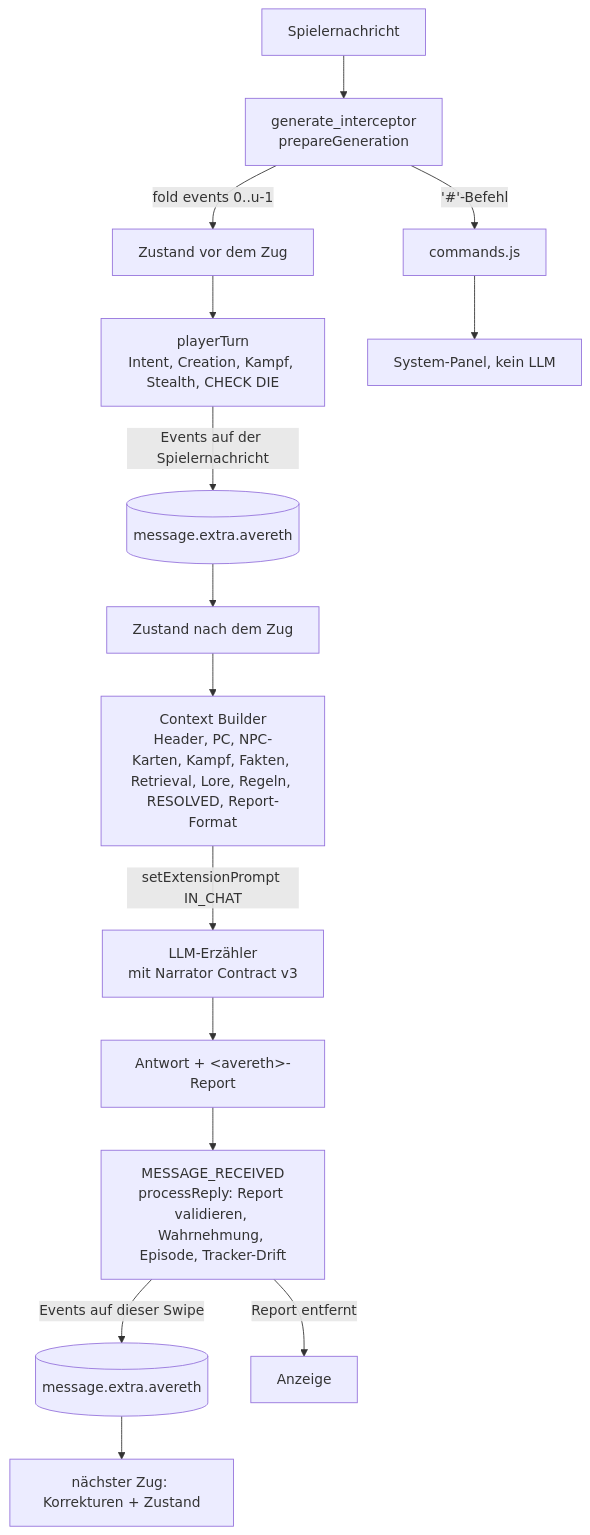
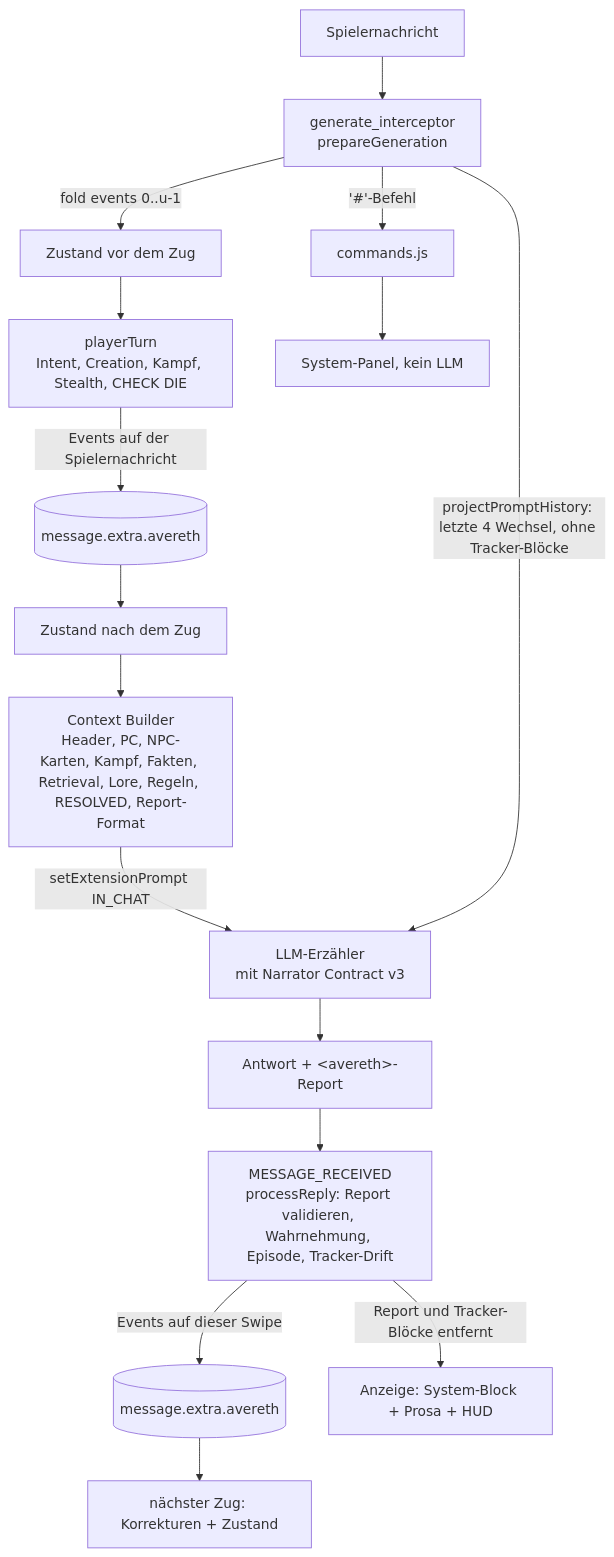
One commit to Mango1331/Claude-AI-RPG-Game changed the diagram in avereth-engine/docs/ARCHITEKTUR.md. Above: the diagram before and after it, drawn with Mermaid. The commit also changed other lines of this file and 9 other files, not shown here.

````diff
--- a/avereth-engine/docs/ARCHITEKTUR.md
+++ b/avereth-engine/docs/ARCHITEKTUR.md
@@ -132,16 +132,17 @@
 ```mermaid
 flowchart TD
   U[Spielernachricht] --> I[generate_interceptor<br/>prepareGeneration]
   I -->|fold events 0..u-1| S0[Zustand vor dem Zug]
   S0 --> P[playerTurn<br/>Intent, Creation, Kampf, Stealth, CHECK DIE]
   P -->|Events auf der Spielernachricht| E1[(message.extra.avereth)]
   I -->|'#'-Befehl| CMD[commands.js] --> PANEL[System-Panel, kein LLM]
   E1 --> S1[Zustand nach dem Zug]
   S1 --> C[Context Builder<br/>Header, PC, NPC-Karten, Kampf, Fakten, Retrieval, Lore, Regeln, RESOLVED, Report-Format]
   C -->|setExtensionPrompt IN_CHAT| LLM[LLM-Erzähler<br/>mit Narrator Contract v3]
   LLM --> R[Antwort + &lt;avereth&gt;-Report]
   R --> V[MESSAGE_RECEIVED<br/>processReply: Report validieren, Wahrnehmung, Episode, Tracker-Drift]
   V -->|Events auf dieser Swipe| E2[(message.extra.avereth)]
-  V -->|Report entfernt| D[Anzeige]
+  V -->|Report und Tracker-Blöcke entfernt| D[Anzeige: System-Block + Prosa + HUD]
   E2 --> N[nächster Zug: Korrekturen + Zustand]
+  I -->|projectPromptHistory: letzte 4 Wechsel, ohne Tracker-Blöcke| LLM
 ```
````
